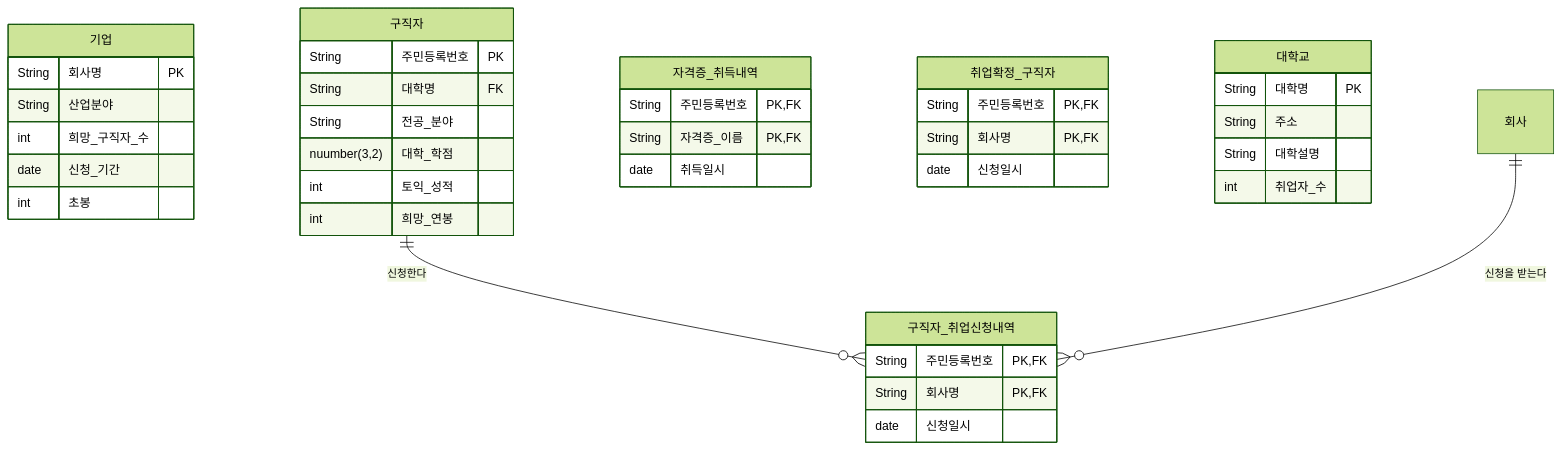
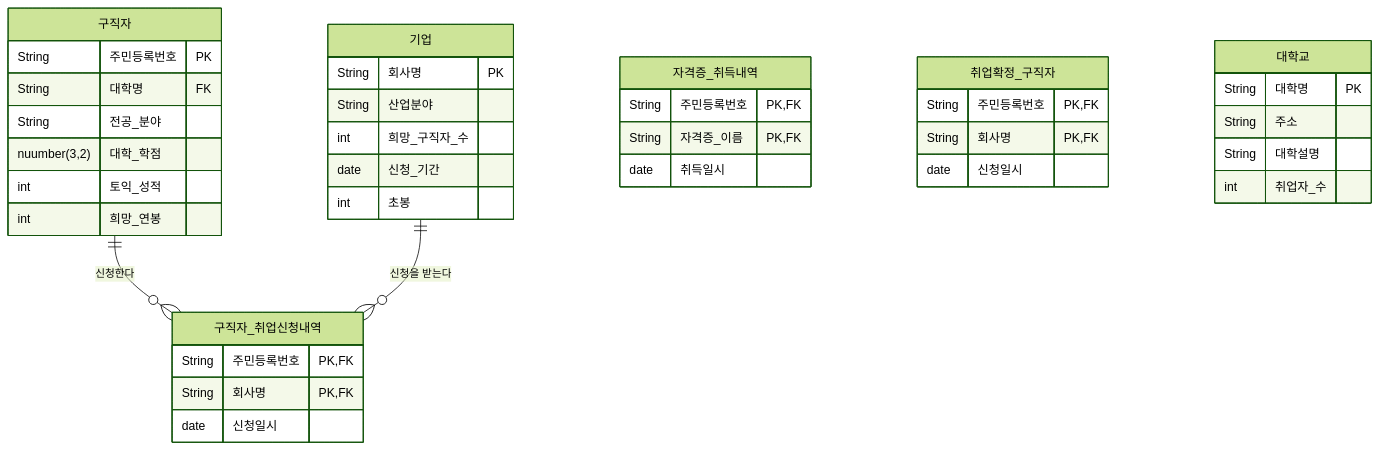
Before and after one commit to zerojun040329-eng/test-260401: the diagram in README.md, drawn with Mermaid (forest theme).

````diff
--- a/README.md
+++ b/README.md
@@ -1,42 +1,42 @@
 ```mermaid
 erDiagram
   기업 {
     String 회사명 PK
     String 산업분야
     int 희망_구직자_수 
     date 신청_기간
     int 초봉
   }
   구직자 {
     String 주민등록번호 PK
     String 대학명 FK
     String 전공_분야
     nuumber(3,2) 대학_학점
     int 토익_성적
     int 희망_연봉
   }
   자격증_취득내역 {
     String 주민등록번호 PK, FK
     String 자격증_이름 PK, FK
     date 취득일시
   }
   구직자_취업신청내역 {
     String 주민등록번호 PK, FK
     String 회사명 PK, FK
     date 신청일시
   }
   취업확정_구직자 {
     String 주민등록번호 PK, FK
     String 회사명 PK, FK
     date 신청일시
   }
   대학교 {
     String 대학명 PK
     String 주소
     String 대학설명
     int 취업자_수
   }
 
   구직자 ||--o{ 구직자_취업신청내역 : "신청한다"
-  회사 ||--o{ 구직자_취업신청내역 : "신청을 받는다"
+  기업 ||--o{ 구직자_취업신청내역 : "신청을 받는다"
 ```
````
